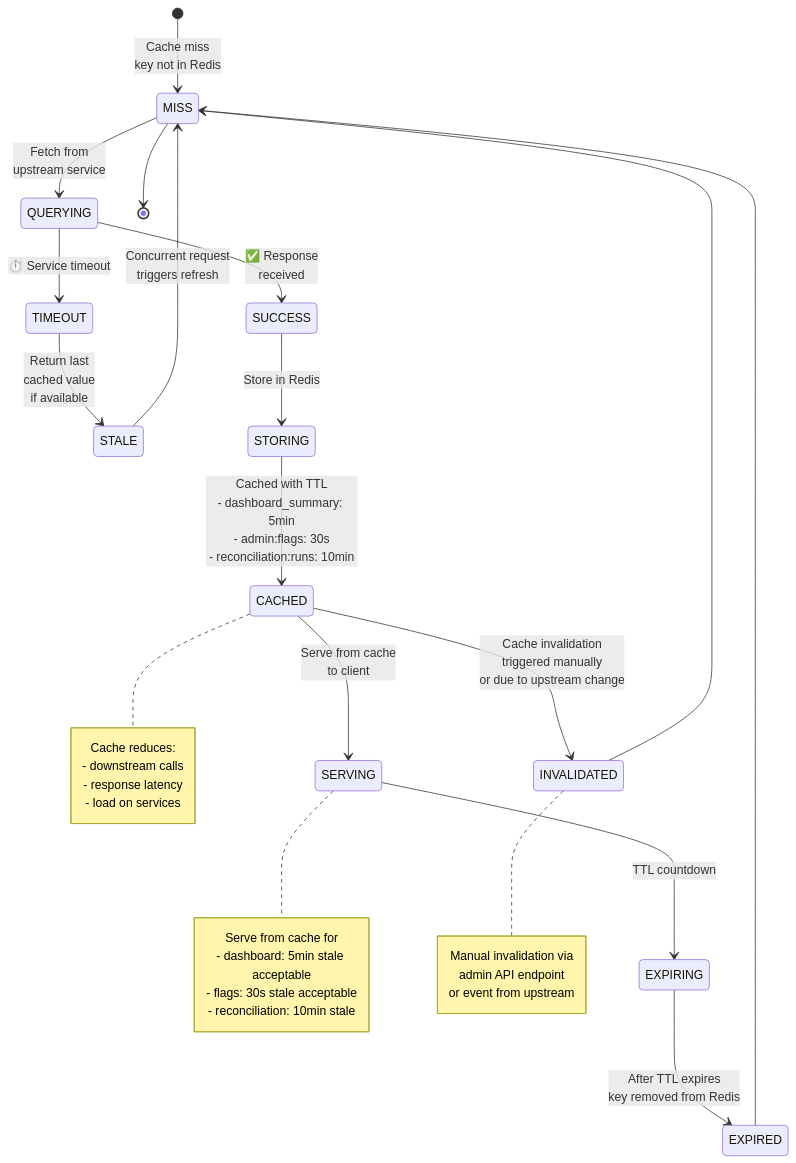
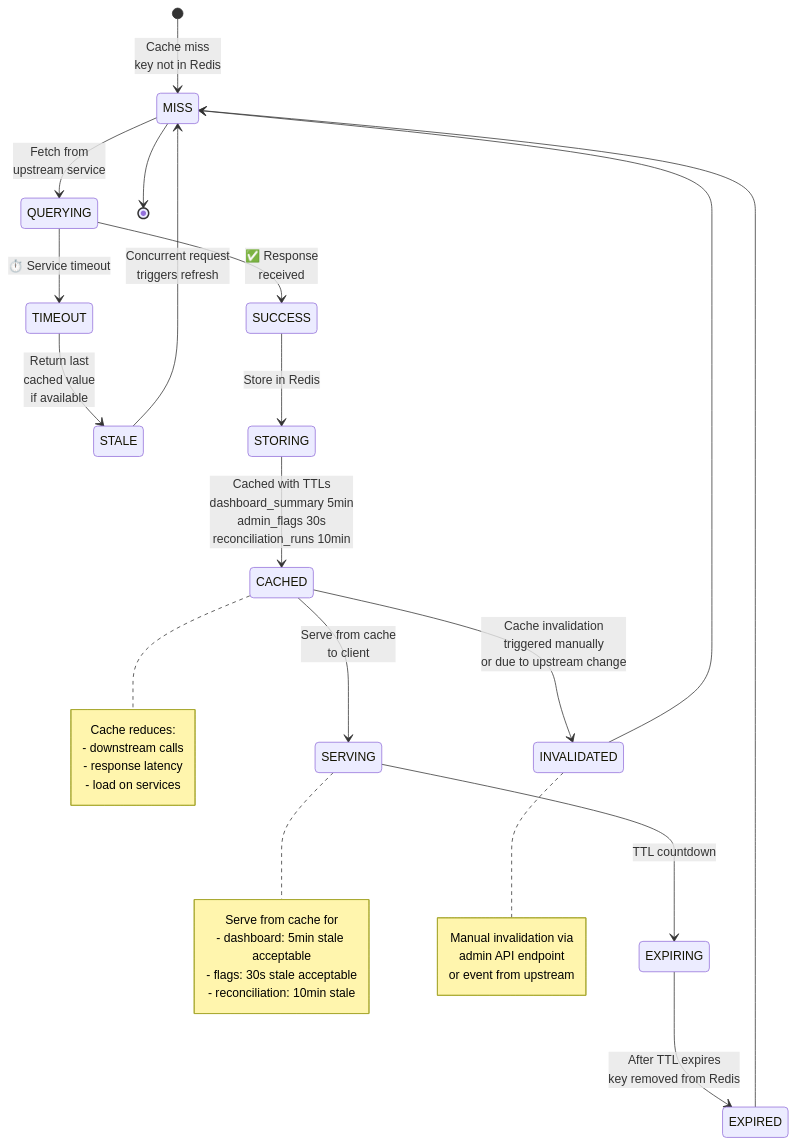
The sixth of 6 diagrams in docs/services/admin-gateway-service/diagrams-v2/05-state-machine.md (sunitakeazycommerz-a11y/InstaCommerce), drawn with Mermaid before and after one commit. The commit also changed other lines of this file and 13 other files, not shown here.

````diff
--- a/docs/services/admin-gateway-service/diagrams-v2/05-state-machine.md
+++ b/docs/services/admin-gateway-service/diagrams-v2/05-state-machine.md
@@ -345,52 +345,52 @@
 ```mermaid
 stateDiagram-v2
     [*] --> MISS: Cache miss<br/>key not in Redis
 
     MISS --> QUERYING: Fetch from<br/>upstream service
 
     QUERYING --> TIMEOUT: ⏱️ Service timeout
 
     TIMEOUT --> STALE: Return last<br/>cached value<br/>if available
 
     QUERYING --> SUCCESS: ✅ Response<br/>received
 
     SUCCESS --> STORING: Store in Redis
 
-    STORING --> CACHED: Cached with TTL<br/>- dashboard_summary: 5min<br/>- admin:flags: 30s<br/>- reconciliation:runs: 10min
+    STORING --> CACHED: Cached with TTLs<br/>dashboard_summary 5min<br/>admin_flags 30s<br/>reconciliation_runs 10min
 
     CACHED --> SERVING: Serve from cache<br/>to client
 
     SERVING --> EXPIRING: TTL countdown
 
     EXPIRING --> EXPIRED: After TTL expires<br/>key removed from Redis
 
     EXPIRED --> MISS
 
     CACHED --> INVALIDATED: Cache invalidation<br/>triggered manually<br/>or due to upstream change
 
     INVALIDATED --> MISS
 
     STALE --> MISS: Concurrent request<br/>triggers refresh
 
     MISS --> [*]
 
     note right of CACHED
         Cache reduces:
         - downstream calls
         - response latency
         - load on services
     end note
 
     note right of SERVING
         Serve from cache for
         - dashboard: 5min stale acceptable
         - flags: 30s stale acceptable
         - reconciliation: 10min stale
     end note
 
     note right of INVALIDATED
         Manual invalidation via
         admin API endpoint
         or event from upstream
     end note
 ```
````
